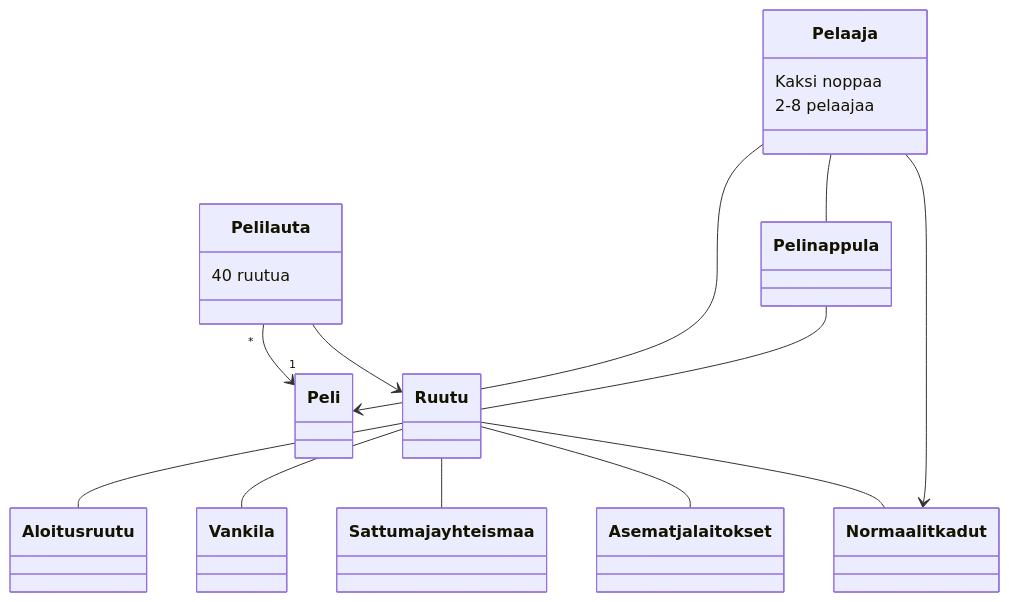
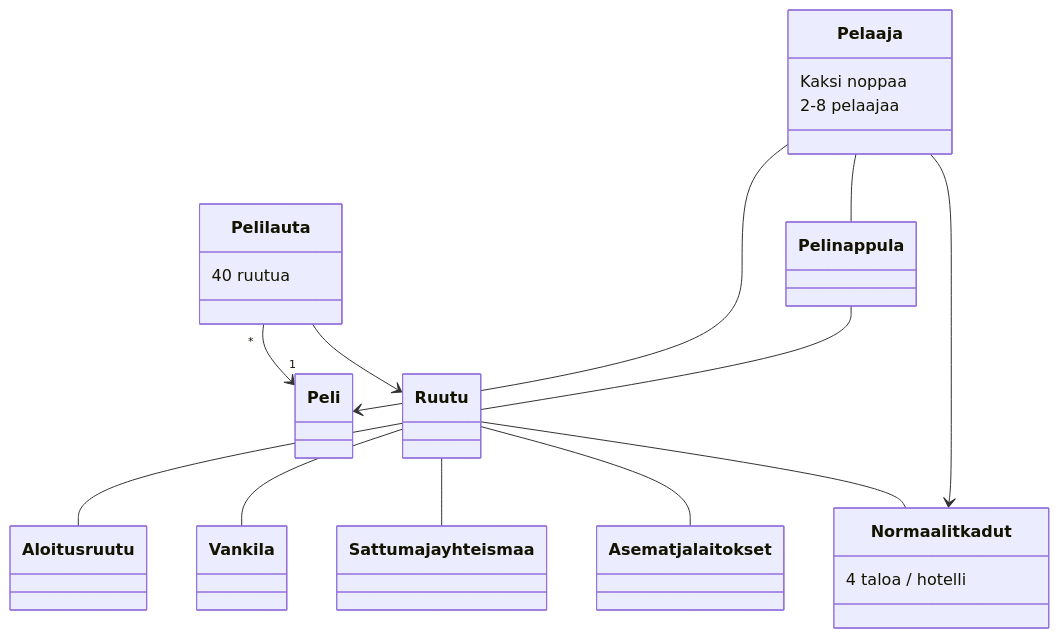
Before and after one commit to ellenra/jumping_game: the diagram in laskarit/viikko3/monopoli_luokkakaavio.md, drawn with Mermaid.

````diff
--- a/laskarit/viikko3/monopoli_luokkakaavio.md
+++ b/laskarit/viikko3/monopoli_luokkakaavio.md
@@ -1,19 +1,20 @@
 ```mermaid
  classDiagram
       Pelilauta "*" --> "1" Peli
       Pelilauta : 40 ruutua
       Pelaaja --> Peli
       Pelaaja : Kaksi noppaa
       Pelaaja : 2-8 pelaajaa
       Pelaaja -- Pelinappula
       Pelinappula -- Ruutu
       Ruutu -- Aloitusruutu
       Ruutu -- Vankila
       Ruutu -- Sattuma ja yhteismaa
       Ruutu -- Asemat ja laitokset
       Ruutu -- Normaalit kadut
       Pelilauta --> Ruutu
       Pelaaja --> Normaalit kadut
+      Normaalit kadut : 4 taloa / hotelli
       
      
 ```
````
